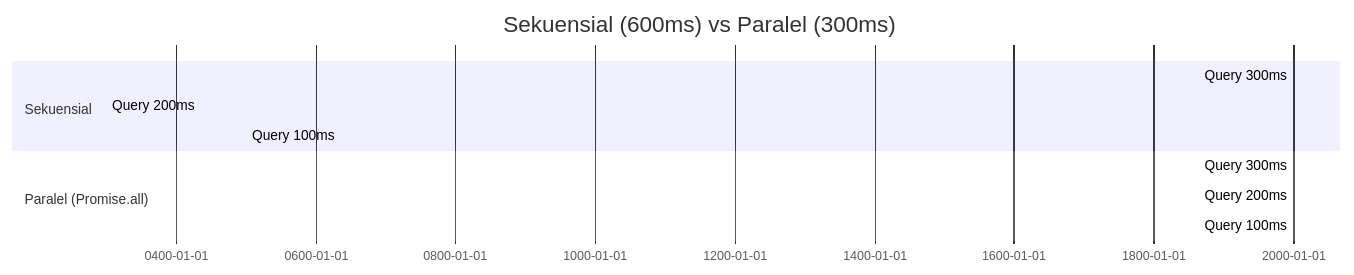
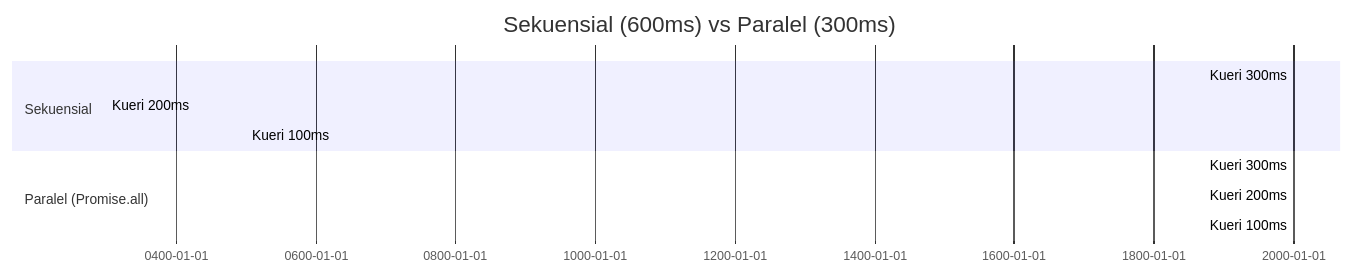
Before and after one commit to PBWFEND/Prak-backend: the third of 5 diagrams in pertemuan-02/02-Pertemuan-2.md, drawn with Mermaid. The commit also changed other lines of this file and 5 other files, not shown here.

````diff
--- a/pertemuan-02/02-Pertemuan-2.md
+++ b/pertemuan-02/02-Pertemuan-2.md
@@ -497,12 +497,12 @@
 ```mermaid
 gantt
     title Sekuensial (600ms) vs Paralel (300ms)
     section Sekuensial
-        Query 300ms :0, 300
-        Query 200ms :300, 200
-        Query 100ms :500, 100
+        Kueri 300ms :0, 300
+        Kueri 200ms :300, 200
+        Kueri 100ms :500, 100
     section Paralel (Promise.all)
-        Query 300ms :0, 300
-        Query 200ms :0, 200
-        Query 100ms :0, 100
+        Kueri 300ms :0, 300
+        Kueri 200ms :0, 200
+        Kueri 100ms :0, 100
 ```
````
